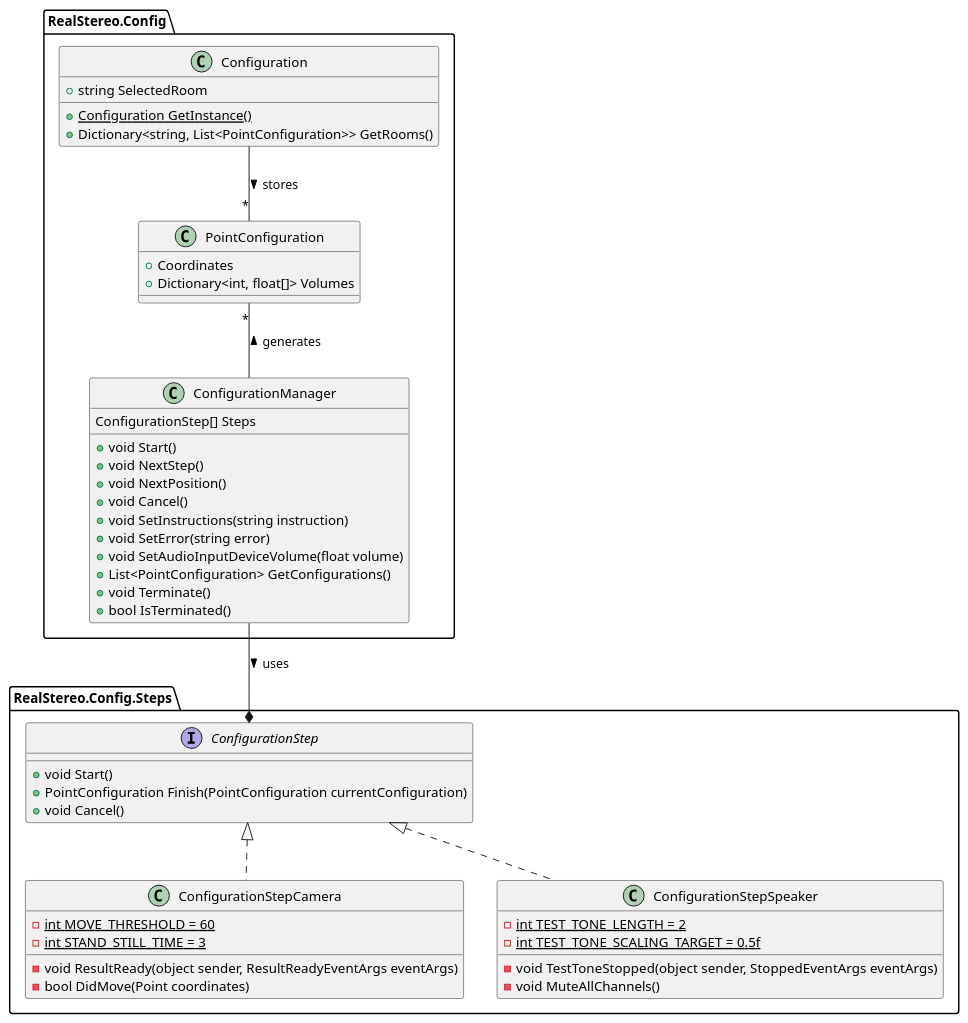
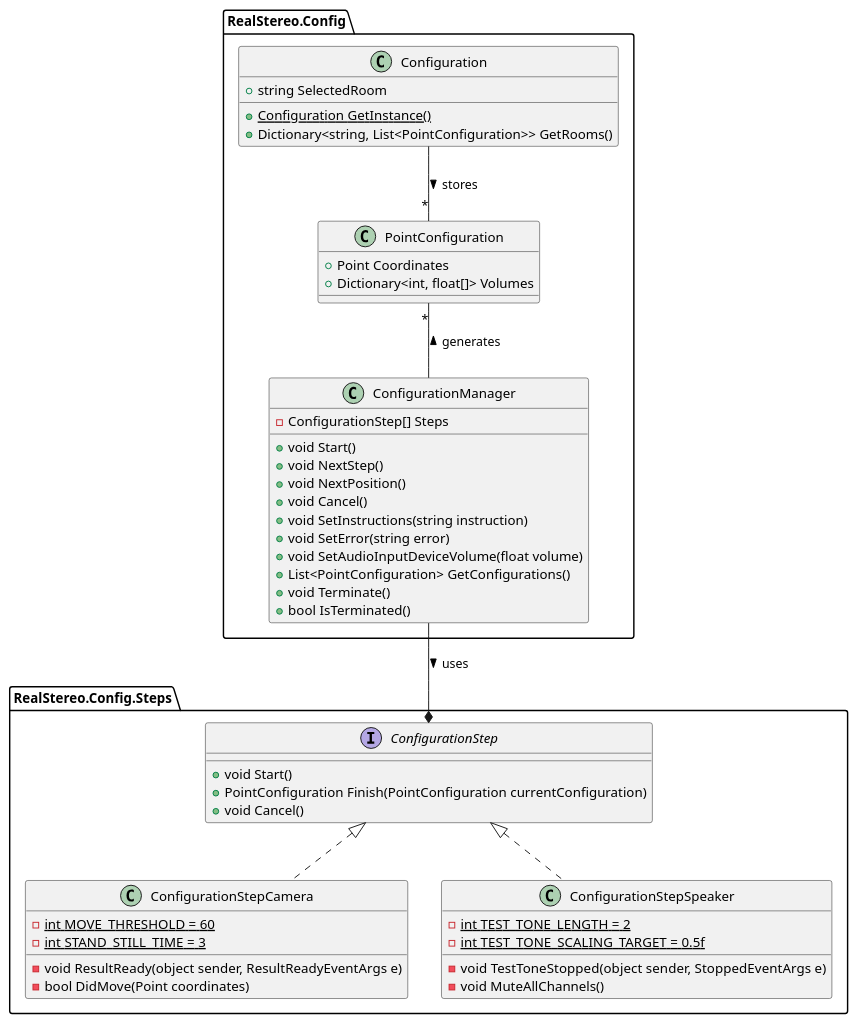
Before and after one commit to cyrilwanner/real-stereo: the diagram in diagrams/configuration.plantuml, drawn with PlantUML.

Commit message:
Update config class diagram

```diff
--- a/diagrams/configuration.plantuml
+++ b/diagrams/configuration.plantuml
@@ -1,60 +1,60 @@
 @startuml ClassDiagram
 skinparam defaultTextAlignment center
 skinparam nodesep 0
 allowmixing
 
 
 package "RealStereo.Config" as Config {
   class Configuration {
     + string SelectedRoom
-    + {static} Configuration GetInstance()
+    + {static} Configuration GetInstance()
     + Dictionary<string, List<PointConfiguration>> GetRooms()
   }
 
   class ConfigurationManager {
-    ConfigurationStep[] Steps
+    - ConfigurationStep[] Steps
     + void Start()
     + void NextStep()
     + void NextPosition()
     + void Cancel()
     + void SetInstructions(string instruction)
     + void SetError(string error)
     + void SetAudioInputDeviceVolume(float volume)
     + List<PointConfiguration> GetConfigurations()
     + void Terminate()
     + bool IsTerminated()
   }
 
   class PointConfiguration {
-    +  Coordinates
+    + Point Coordinates
     + Dictionary<int, float[]> Volumes
   }
 }
 
 package "RealStereo.Config.Steps" as Steps {
   interface ConfigurationStep {
     + void Start()
     + PointConfiguration Finish(PointConfiguration currentConfiguration)
     + void Cancel()
   }
 
   class ConfigurationStepCamera implements ConfigurationStep {
     - {static} int MOVE_THRESHOLD = 60
     - {static} int STAND_STILL_TIME = 3
-    - void ResultReady(object sender, ResultReadyEventArgs eventArgs)
+    - void ResultReady(object sender, ResultReadyEventArgs e)
     - bool DidMove(Point coordinates)
   }
 
   class ConfigurationStepSpeaker implements ConfigurationStep {
     - {static} int TEST_TONE_LENGTH = 2
     - {static} int TEST_TONE_SCALING_TARGET = 0.5f
-    - void TestToneStopped(object sender, StoppedEventArgs eventArgs)
+    - void TestToneStopped(object sender, StoppedEventArgs e)
     - void MuteAllChannels()
   }
 }
 
 ConfigurationManager --* ConfigurationStep: uses >
 PointConfiguration "*" -- ConfigurationManager: generates <
 Configuration -- "*" PointConfiguration: stores >
 
 @enduml
```
